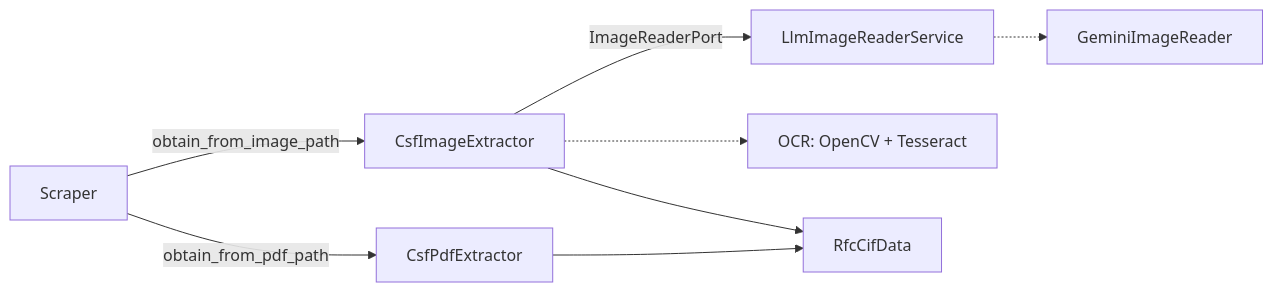
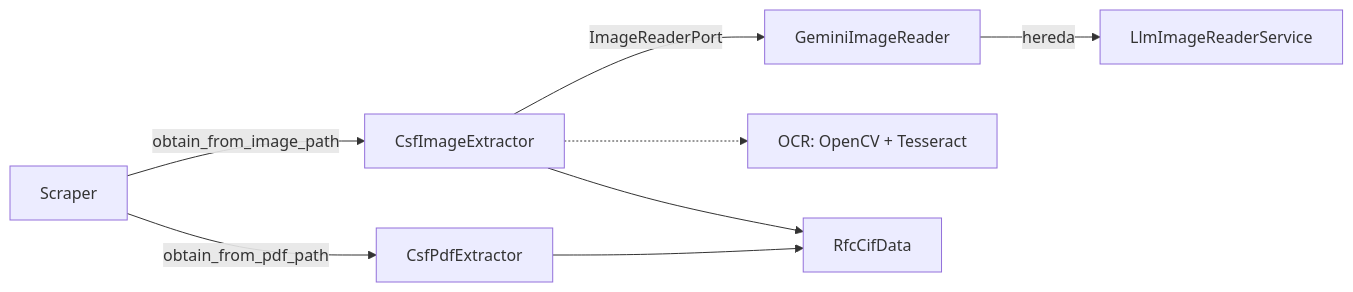
One commit to PJMP4826/csf-scraper-python changed the diagram in README.md. Above: the diagram before and after it, drawn with Mermaid. The commit also changed other lines of this file and 6 other files, not shown here.

First line of the commit message:
refactor(image_reader): clarificar método plantilla y actualizar documentación

````diff
--- a/README.md
+++ b/README.md
@@ -165,10 +167,10 @@
 ```mermaid
 flowchart LR
     S[Scraper] -->|obtain_from_pdf_path| P[CsfPdfExtractor]
     S -->|obtain_from_image_path| B[CsfImageExtractor]
-    B -->|ImageReaderPort| L[LlmImageReaderService]
-    L -.-> G[GeminiImageReader]
+    B -->|ImageReaderPort| G[GeminiImageReader]
+    G -->|hereda| L[LlmImageReaderService]
     B -.-> T[OCR: OpenCV + Tesseract]
     P --> R[RfcCifData]
     B --> R
 ```
````
